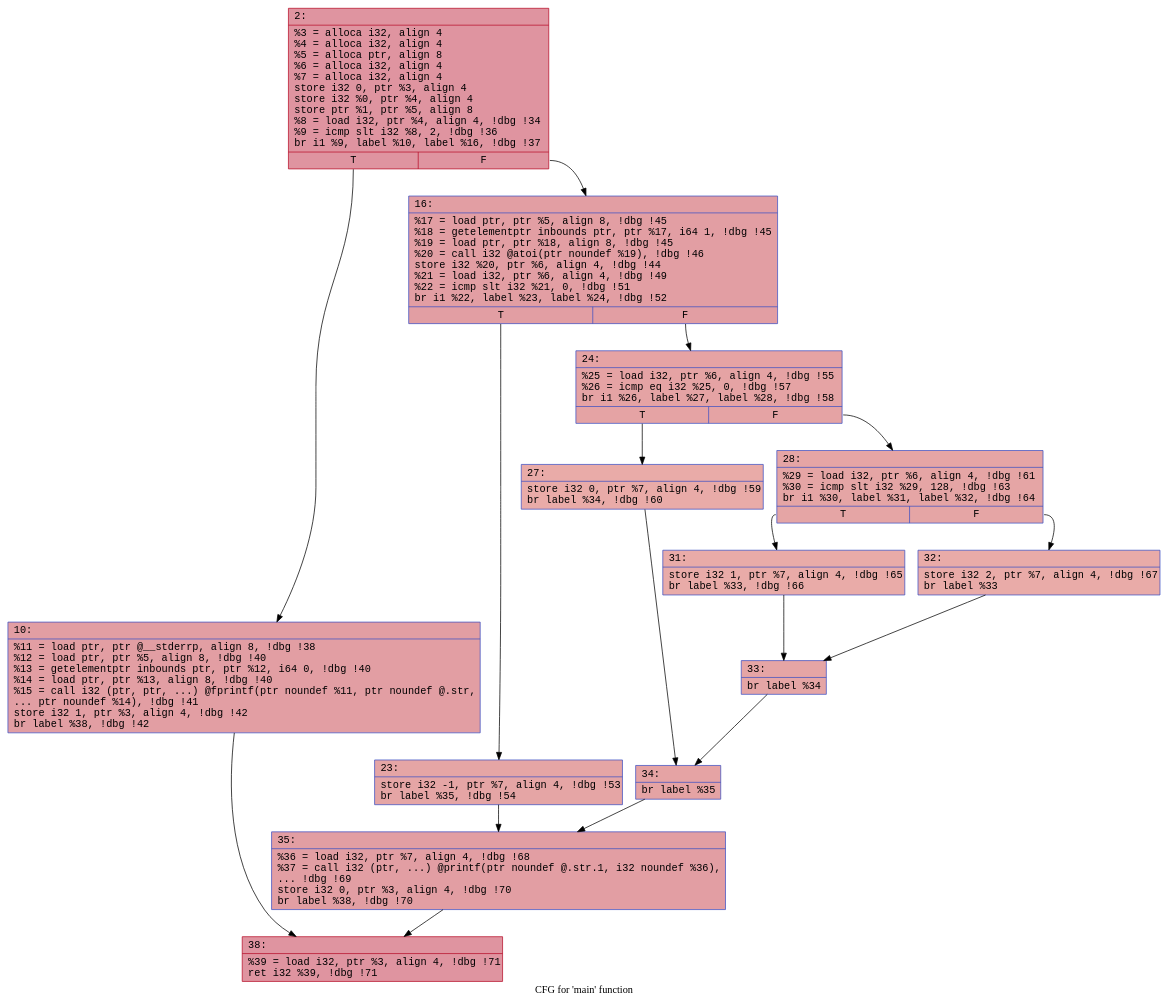
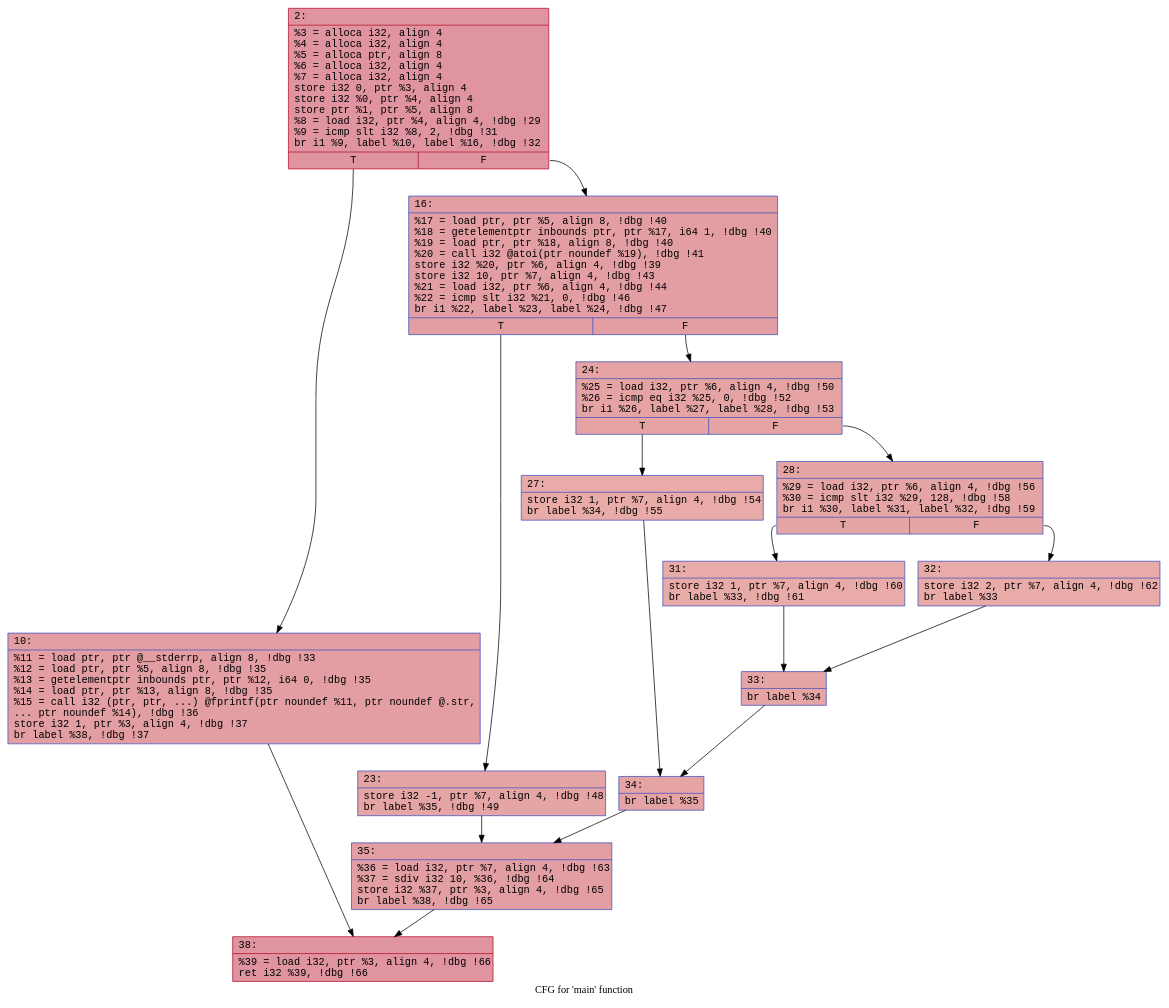
Before and after one commit to FelicitasGarcia/MimicryMonitor: the diagram in llvm/feli/cfgs/mainOP.dot, drawn with Graphviz. The commit also changed 55 other files, not shown here.

```diff
--- a/llvm/feli/cfgs/mainOP.dot
+++ b/llvm/feli/cfgs/mainOP.dot
@@ -1,33 +1,33 @@
 digraph "CFG for 'main' function" {
 	label="CFG for 'main' function";
 
-	Node0x6000008cc9b0 [shape=record,color="#b70d28ff", style=filled, fillcolor="#b70d2870" fontname="Courier",label="{2:\l|  %3 = alloca i32, align 4\l  %4 = alloca i32, align 4\l  %5 = alloca ptr, align 8\l  %6 = alloca i32, align 4\l  %7 = alloca i32, align 4\l  store i32 0, ptr %3, align 4\l  store i32 %0, ptr %4, align 4\l  store ptr %1, ptr %5, align 8\l  %8 = load i32, ptr %4, align 4, !dbg !34\l  %9 = icmp slt i32 %8, 2, !dbg !36\l  br i1 %9, label %10, label %16, !dbg !37\l|{<s0>T|<s1>F}}"];
-	Node0x6000008cc9b0:s0 -> Node0x6000008cca50;
-	Node0x6000008cc9b0:s1 -> Node0x6000008ccaa0;
-	Node0x6000008cca50 [shape=record,color="#3d50c3ff", style=filled, fillcolor="#be242e70" fontname="Courier",label="{10:\l|  %11 = load ptr, ptr @__stderrp, align 8, !dbg !38\l  %12 = load ptr, ptr %5, align 8, !dbg !40\l  %13 = getelementptr inbounds ptr, ptr %12, i64 0, !dbg !40\l  %14 = load ptr, ptr %13, align 8, !dbg !40\l  %15 = call i32 (ptr, ptr, ...) @fprintf(ptr noundef %11, ptr noundef @.str,\l... ptr noundef %14), !dbg !41\l  store i32 1, ptr %3, align 4, !dbg !42\l  br label %38, !dbg !42\l}"];
-	Node0x6000008cca50 -> Node0x6000008ccb40;
-	Node0x6000008ccaa0 [shape=record,color="#3d50c3ff", style=filled, fillcolor="#be242e70" fontname="Courier",label="{16:\l|  %17 = load ptr, ptr %5, align 8, !dbg !45\l  %18 = getelementptr inbounds ptr, ptr %17, i64 1, !dbg !45\l  %19 = load ptr, ptr %18, align 8, !dbg !45\l  %20 = call i32 @atoi(ptr noundef %19), !dbg !46\l  store i32 %20, ptr %6, align 4, !dbg !44\l  %21 = load i32, ptr %6, align 4, !dbg !49\l  %22 = icmp slt i32 %21, 0, !dbg !51\l  br i1 %22, label %23, label %24, !dbg !52\l|{<s0>T|<s1>F}}"];
-	Node0x6000008ccaa0:s0 -> Node0x6000008ccbe0;
-	Node0x6000008ccaa0:s1 -> Node0x6000008ccc30;
-	Node0x6000008ccbe0 [shape=record,color="#3d50c3ff", style=filled, fillcolor="#c5333470" fontname="Courier",label="{23:\l|  store i32 -1, ptr %7, align 4, !dbg !53\l  br label %35, !dbg !54\l}"];
-	Node0x6000008ccbe0 -> Node0x6000008ccc80;
-	Node0x6000008ccc30 [shape=record,color="#3d50c3ff", style=filled, fillcolor="#c32e3170" fontname="Courier",label="{24:\l|  %25 = load i32, ptr %6, align 4, !dbg !55\l  %26 = icmp eq i32 %25, 0, !dbg !57\l  br i1 %26, label %27, label %28, !dbg !58\l|{<s0>T|<s1>F}}"];
-	Node0x6000008ccc30:s0 -> Node0x6000008cccd0;
-	Node0x6000008ccc30:s1 -> Node0x6000008ccd20;
-	Node0x6000008cccd0 [shape=record,color="#3d50c3ff", style=filled, fillcolor="#cc403a70" fontname="Courier",label="{27:\l|  store i32 0, ptr %7, align 4, !dbg !59\l  br label %34, !dbg !60\l}"];
-	Node0x6000008cccd0 -> Node0x6000008ccd70;
-	Node0x6000008ccd20 [shape=record,color="#3d50c3ff", style=filled, fillcolor="#c5333470" fontname="Courier",label="{28:\l|  %29 = load i32, ptr %6, align 4, !dbg !61\l  %30 = icmp slt i32 %29, 128, !dbg !63\l  br i1 %30, label %31, label %32, !dbg !64\l|{<s0>T|<s1>F}}"];
-	Node0x6000008ccd20:s0 -> Node0x6000008ccdc0;
-	Node0x6000008ccd20:s1 -> Node0x6000008cce10;
-	Node0x6000008ccdc0 [shape=record,color="#3d50c3ff", style=filled, fillcolor="#cc403a70" fontname="Courier",label="{31:\l|  store i32 1, ptr %7, align 4, !dbg !65\l  br label %33, !dbg !66\l}"];
-	Node0x6000008ccdc0 -> Node0x6000008cce60;
-	Node0x6000008cce10 [shape=record,color="#3d50c3ff", style=filled, fillcolor="#cc403a70" fontname="Courier",label="{32:\l|  store i32 2, ptr %7, align 4, !dbg !67\l  br label %33\l}"];
-	Node0x6000008cce10 -> Node0x6000008cce60;
-	Node0x6000008cce60 [shape=record,color="#3d50c3ff", style=filled, fillcolor="#c5333470" fontname="Courier",label="{33:\l|  br label %34\l}"];
-	Node0x6000008cce60 -> Node0x6000008ccd70;
-	Node0x6000008ccd70 [shape=record,color="#3d50c3ff", style=filled, fillcolor="#c32e3170" fontname="Courier",label="{34:\l|  br label %35\l}"];
-	Node0x6000008ccd70 -> Node0x6000008ccc80;
-	Node0x6000008ccc80 [shape=record,color="#3d50c3ff", style=filled, fillcolor="#be242e70" fontname="Courier",label="{35:\l|  %36 = load i32, ptr %7, align 4, !dbg !68\l  %37 = call i32 (ptr, ...) @printf(ptr noundef @.str.1, i32 noundef %36),\l... !dbg !69\l  store i32 0, ptr %3, align 4, !dbg !70\l  br label %38, !dbg !70\l}"];
-	Node0x6000008ccc80 -> Node0x6000008ccb40;
-	Node0x6000008ccb40 [shape=record,color="#b70d28ff", style=filled, fillcolor="#b70d2870" fontname="Courier",label="{38:\l|  %39 = load i32, ptr %3, align 4, !dbg !71\l  ret i32 %39, !dbg !71\l}"];
+	Node0x600002b909b0 [shape=record,color="#b70d28ff", style=filled, fillcolor="#b70d2870" fontname="Courier",label="{2:\l|  %3 = alloca i32, align 4\l  %4 = alloca i32, align 4\l  %5 = alloca ptr, align 8\l  %6 = alloca i32, align 4\l  %7 = alloca i32, align 4\l  store i32 0, ptr %3, align 4\l  store i32 %0, ptr %4, align 4\l  store ptr %1, ptr %5, align 8\l  %8 = load i32, ptr %4, align 4, !dbg !29\l  %9 = icmp slt i32 %8, 2, !dbg !31\l  br i1 %9, label %10, label %16, !dbg !32\l|{<s0>T|<s1>F}}"];
+	Node0x600002b909b0:s0 -> Node0x600002b90a50;
+	Node0x600002b909b0:s1 -> Node0x600002b90aa0;
+	Node0x600002b90a50 [shape=record,color="#3d50c3ff", style=filled, fillcolor="#be242e70" fontname="Courier",label="{10:\l|  %11 = load ptr, ptr @__stderrp, align 8, !dbg !33\l  %12 = load ptr, ptr %5, align 8, !dbg !35\l  %13 = getelementptr inbounds ptr, ptr %12, i64 0, !dbg !35\l  %14 = load ptr, ptr %13, align 8, !dbg !35\l  %15 = call i32 (ptr, ptr, ...) @fprintf(ptr noundef %11, ptr noundef @.str,\l... ptr noundef %14), !dbg !36\l  store i32 1, ptr %3, align 4, !dbg !37\l  br label %38, !dbg !37\l}"];
+	Node0x600002b90a50 -> Node0x600002b90b40;
+	Node0x600002b90aa0 [shape=record,color="#3d50c3ff", style=filled, fillcolor="#be242e70" fontname="Courier",label="{16:\l|  %17 = load ptr, ptr %5, align 8, !dbg !40\l  %18 = getelementptr inbounds ptr, ptr %17, i64 1, !dbg !40\l  %19 = load ptr, ptr %18, align 8, !dbg !40\l  %20 = call i32 @atoi(ptr noundef %19), !dbg !41\l  store i32 %20, ptr %6, align 4, !dbg !39\l  store i32 10, ptr %7, align 4, !dbg !43\l  %21 = load i32, ptr %6, align 4, !dbg !44\l  %22 = icmp slt i32 %21, 0, !dbg !46\l  br i1 %22, label %23, label %24, !dbg !47\l|{<s0>T|<s1>F}}"];
+	Node0x600002b90aa0:s0 -> Node0x600002b90be0;
+	Node0x600002b90aa0:s1 -> Node0x600002b90c30;
+	Node0x600002b90be0 [shape=record,color="#3d50c3ff", style=filled, fillcolor="#c5333470" fontname="Courier",label="{23:\l|  store i32 -1, ptr %7, align 4, !dbg !48\l  br label %35, !dbg !49\l}"];
+	Node0x600002b90be0 -> Node0x600002b90c80;
+	Node0x600002b90c30 [shape=record,color="#3d50c3ff", style=filled, fillcolor="#c32e3170" fontname="Courier",label="{24:\l|  %25 = load i32, ptr %6, align 4, !dbg !50\l  %26 = icmp eq i32 %25, 0, !dbg !52\l  br i1 %26, label %27, label %28, !dbg !53\l|{<s0>T|<s1>F}}"];
+	Node0x600002b90c30:s0 -> Node0x600002b90cd0;
+	Node0x600002b90c30:s1 -> Node0x600002b90d20;
+	Node0x600002b90cd0 [shape=record,color="#3d50c3ff", style=filled, fillcolor="#cc403a70" fontname="Courier",label="{27:\l|  store i32 1, ptr %7, align 4, !dbg !54\l  br label %34, !dbg !55\l}"];
+	Node0x600002b90cd0 -> Node0x600002b90d70;
+	Node0x600002b90d20 [shape=record,color="#3d50c3ff", style=filled, fillcolor="#c5333470" fontname="Courier",label="{28:\l|  %29 = load i32, ptr %6, align 4, !dbg !56\l  %30 = icmp slt i32 %29, 128, !dbg !58\l  br i1 %30, label %31, label %32, !dbg !59\l|{<s0>T|<s1>F}}"];
+	Node0x600002b90d20:s0 -> Node0x600002b90dc0;
+	Node0x600002b90d20:s1 -> Node0x600002b90e10;
+	Node0x600002b90dc0 [shape=record,color="#3d50c3ff", style=filled, fillcolor="#cc403a70" fontname="Courier",label="{31:\l|  store i32 1, ptr %7, align 4, !dbg !60\l  br label %33, !dbg !61\l}"];
+	Node0x600002b90dc0 -> Node0x600002b90e60;
+	Node0x600002b90e10 [shape=record,color="#3d50c3ff", style=filled, fillcolor="#cc403a70" fontname="Courier",label="{32:\l|  store i32 2, ptr %7, align 4, !dbg !62\l  br label %33\l}"];
+	Node0x600002b90e10 -> Node0x600002b90e60;
+	Node0x600002b90e60 [shape=record,color="#3d50c3ff", style=filled, fillcolor="#c5333470" fontname="Courier",label="{33:\l|  br label %34\l}"];
+	Node0x600002b90e60 -> Node0x600002b90d70;
+	Node0x600002b90d70 [shape=record,color="#3d50c3ff", style=filled, fillcolor="#c32e3170" fontname="Courier",label="{34:\l|  br label %35\l}"];
+	Node0x600002b90d70 -> Node0x600002b90c80;
+	Node0x600002b90c80 [shape=record,color="#3d50c3ff", style=filled, fillcolor="#be242e70" fontname="Courier",label="{35:\l|  %36 = load i32, ptr %7, align 4, !dbg !63\l  %37 = sdiv i32 10, %36, !dbg !64\l  store i32 %37, ptr %3, align 4, !dbg !65\l  br label %38, !dbg !65\l}"];
+	Node0x600002b90c80 -> Node0x600002b90b40;
+	Node0x600002b90b40 [shape=record,color="#b70d28ff", style=filled, fillcolor="#b70d2870" fontname="Courier",label="{38:\l|  %39 = load i32, ptr %3, align 4, !dbg !66\l  ret i32 %39, !dbg !66\l}"];
 }
```
